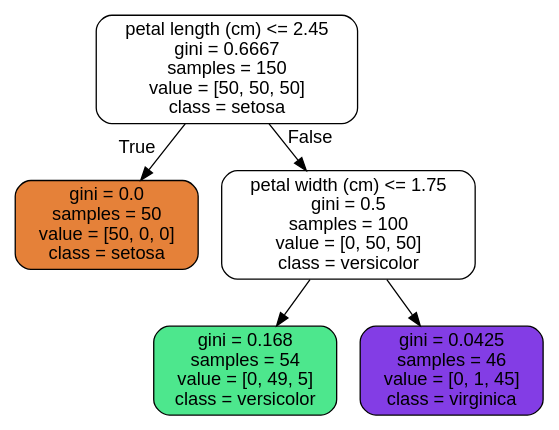
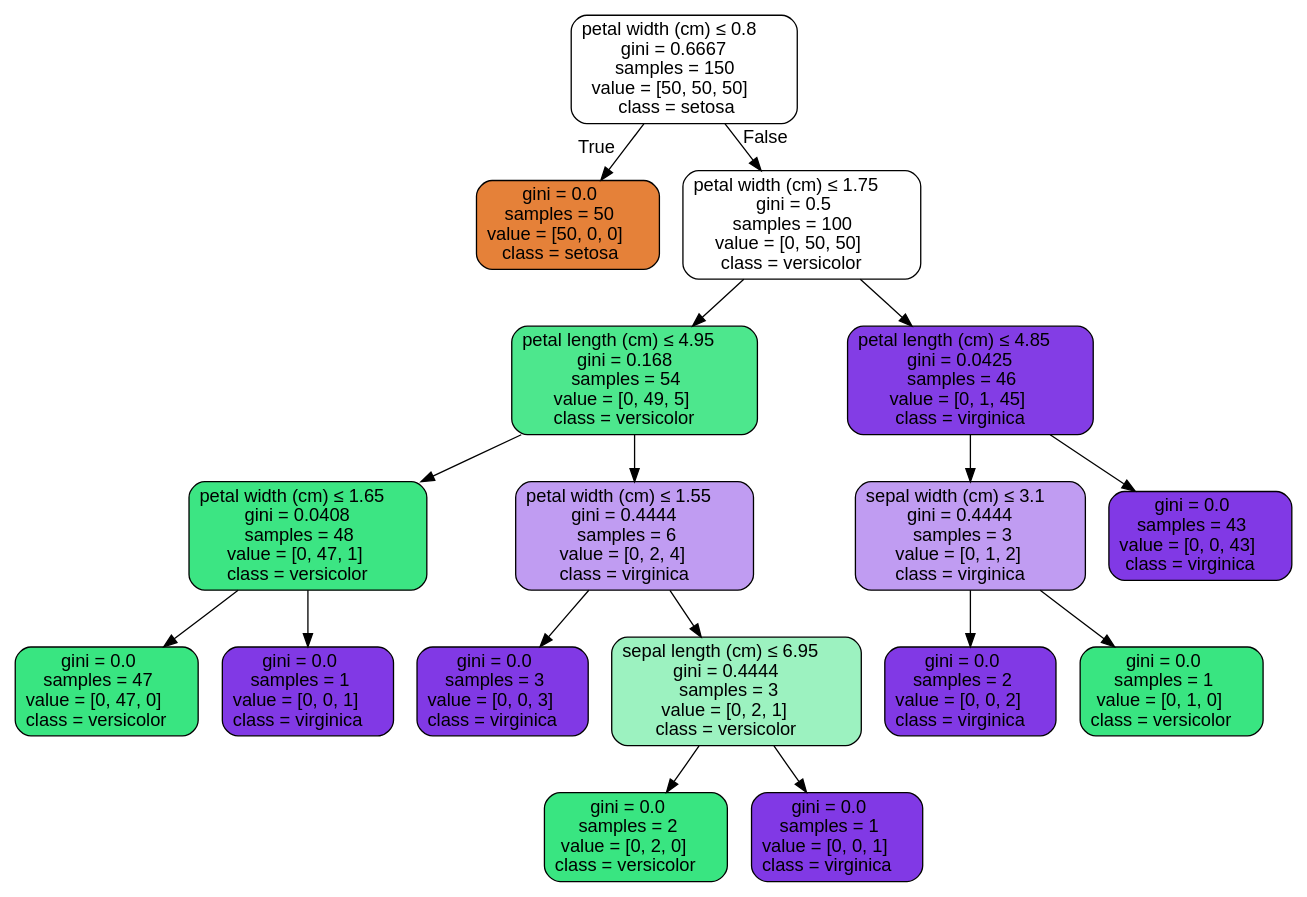
The diagram in decision-trees/training-visualizing/iris_tree.dot (rnd-forests/learning-ml), drawn with Graphviz before and after one commit. The commit also changed 14 other files, not shown here.

```diff
--- a/decision-trees/training-visualizing/iris_tree.dot
+++ b/decision-trees/training-visualizing/iris_tree.dot
@@ -1,13 +1,37 @@
 digraph Tree {
 node [shape=box, style="filled, rounded", color="black", fontname=helvetica] ;
 edge [fontname=helvetica] ;
-0 [label="petal length (cm) <= 2.45\ngini = 0.6667\nsamples = 150\nvalue = [50, 50, 50]\nclass = setosa", fillcolor="#e5813900"] ;
-1 [label="gini = 0.0\nsamples = 50\nvalue = [50, 0, 0]\nclass = setosa", fillcolor="#e58139ff"] ;
+0 [label=<petal width (cm) &le; 0.8<br/>gini = 0.6667<br/>samples = 150<br/>value = [50, 50, 50]<br/>class = setosa>, fillcolor="#e5813900"] ;
+1 [label=<gini = 0.0<br/>samples = 50<br/>value = [50, 0, 0]<br/>class = setosa>, fillcolor="#e58139ff"] ;
 0 -> 1 [labeldistance=2.5, labelangle=45, headlabel="True"] ;
-2 [label="petal width (cm) <= 1.75\ngini = 0.5\nsamples = 100\nvalue = [0, 50, 50]\nclass = versicolor", fillcolor="#39e58100"] ;
+2 [label=<petal width (cm) &le; 1.75<br/>gini = 0.5<br/>samples = 100<br/>value = [0, 50, 50]<br/>class = versicolor>, fillcolor="#39e58100"] ;
 0 -> 2 [labeldistance=2.5, labelangle=-45, headlabel="False"] ;
-3 [label="gini = 0.168\nsamples = 54\nvalue = [0, 49, 5]\nclass = versicolor", fillcolor="#39e581e5"] ;
+3 [label=<petal length (cm) &le; 4.95<br/>gini = 0.168<br/>samples = 54<br/>value = [0, 49, 5]<br/>class = versicolor>, fillcolor="#39e581e5"] ;
 2 -> 3 ;
-4 [label="gini = 0.0425\nsamples = 46\nvalue = [0, 1, 45]\nclass = virginica", fillcolor="#8139e5f9"] ;
-2 -> 4 ;
+4 [label=<petal width (cm) &le; 1.65<br/>gini = 0.0408<br/>samples = 48<br/>value = [0, 47, 1]<br/>class = versicolor>, fillcolor="#39e581fa"] ;
+3 -> 4 ;
+5 [label=<gini = 0.0<br/>samples = 47<br/>value = [0, 47, 0]<br/>class = versicolor>, fillcolor="#39e581ff"] ;
+4 -> 5 ;
+6 [label=<gini = 0.0<br/>samples = 1<br/>value = [0, 0, 1]<br/>class = virginica>, fillcolor="#8139e5ff"] ;
+4 -> 6 ;
+7 [label=<petal width (cm) &le; 1.55<br/>gini = 0.4444<br/>samples = 6<br/>value = [0, 2, 4]<br/>class = virginica>, fillcolor="#8139e57f"] ;
+3 -> 7 ;
+8 [label=<gini = 0.0<br/>samples = 3<br/>value = [0, 0, 3]<br/>class = virginica>, fillcolor="#8139e5ff"] ;
+7 -> 8 ;
+9 [label=<sepal length (cm) &le; 6.95<br/>gini = 0.4444<br/>samples = 3<br/>value = [0, 2, 1]<br/>class = versicolor>, fillcolor="#39e5817f"] ;
+7 -> 9 ;
+10 [label=<gini = 0.0<br/>samples = 2<br/>value = [0, 2, 0]<br/>class = versicolor>, fillcolor="#39e581ff"] ;
+9 -> 10 ;
+11 [label=<gini = 0.0<br/>samples = 1<br/>value = [0, 0, 1]<br/>class = virginica>, fillcolor="#8139e5ff"] ;
+9 -> 11 ;
+12 [label=<petal length (cm) &le; 4.85<br/>gini = 0.0425<br/>samples = 46<br/>value = [0, 1, 45]<br/>class = virginica>, fillcolor="#8139e5f9"] ;
+2 -> 12 ;
+13 [label=<sepal width (cm) &le; 3.1<br/>gini = 0.4444<br/>samples = 3<br/>value = [0, 1, 2]<br/>class = virginica>, fillcolor="#8139e57f"] ;
+12 -> 13 ;
+14 [label=<gini = 0.0<br/>samples = 2<br/>value = [0, 0, 2]<br/>class = virginica>, fillcolor="#8139e5ff"] ;
+13 -> 14 ;
+15 [label=<gini = 0.0<br/>samples = 1<br/>value = [0, 1, 0]<br/>class = versicolor>, fillcolor="#39e581ff"] ;
+13 -> 15 ;
+16 [label=<gini = 0.0<br/>samples = 43<br/>value = [0, 0, 43]<br/>class = virginica>, fillcolor="#8139e5ff"] ;
+12 -> 16 ;
 }
```
